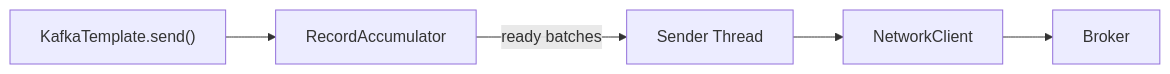
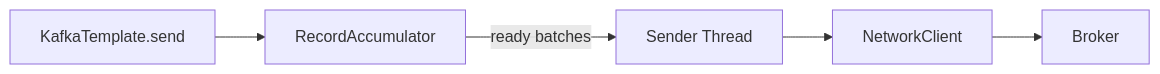
Before and after one commit to yjkim2015/yjkim2015.github.io: the ninth of 11 diagrams in _posts/kafka/2026-05-01-kafka-internals.md, drawn with Mermaid. The commit also changed other lines of this file and 245 other files, not shown here.

First line of the commit message:
Mermaid 다이어그램 전면 수정 + 면접 포인트 접기/펼치기 + DB 데드락 페이지

````diff
--- a/_posts/kafka/2026-05-01-kafka-internals.md
+++ b/_posts/kafka/2026-05-01-kafka-internals.md
@@ -852,7 +852,7 @@
 ```mermaid
 graph LR
-    APP["KafkaTemplate.send()"] --> ACC["RecordAccumulator"]
+    APP["KafkaTemplate.send"] --> ACC["RecordAccumulator"]
     ACC -->|"ready batches"| SENDER["Sender Thread"]
     SENDER --> NC["NetworkClient"]
     NC --> BROKER["Broker"]
 ```
````
